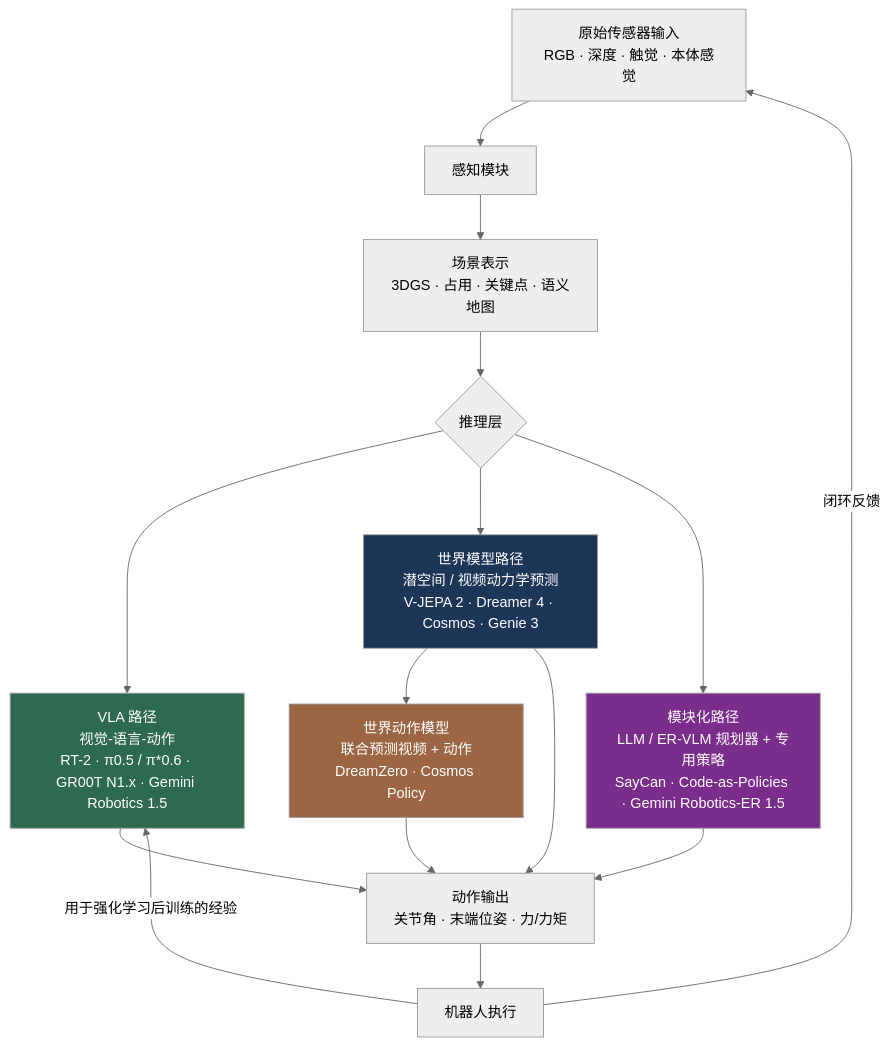
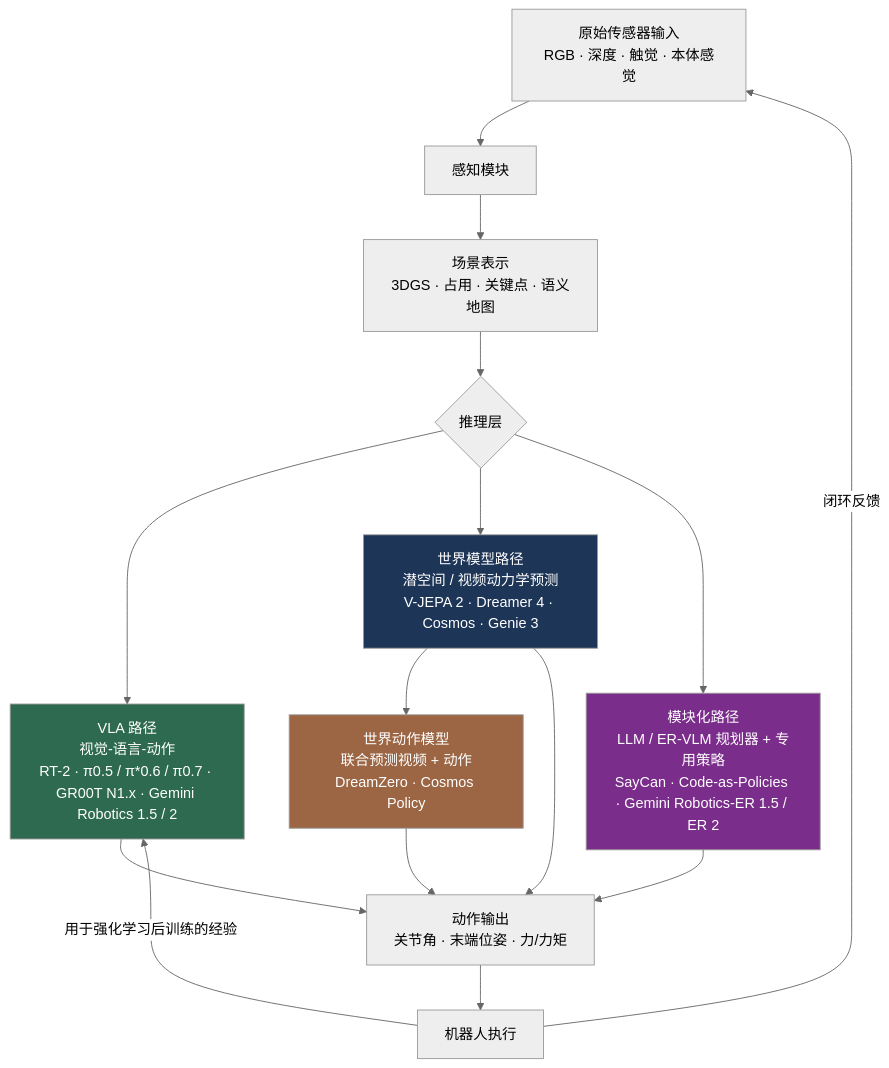
One commit to FrankHuang94/CV_learning_db_claude changed the diagram in Chinese translation/06_robotics_and_embodied_ai/00_overview_roadmap.md. Above: the diagram before and after it, drawn with Mermaid (neutral theme). The commit also changed other lines of this file and 11 other files, not shown here.

First line of the commit message:
Robotics: add Gemini Robotics 2 family, π0.7 and Figure Helix 02 (EN + ZH)

````diff
--- a/Chinese translation/06_robotics_and_embodied_ai/00_overview_roadmap.md
+++ b/Chinese translation/06_robotics_and_embodied_ai/00_overview_roadmap.md
@@ -37,21 +38,21 @@
 ```mermaid
 graph TD
     A["原始传感器输入\nRGB · 深度 · 触觉 · 本体感觉"] --> B["感知模块"]
     B --> C["场景表示\n3DGS · 占用 · 关键点 · 语义地图"]
     C --> D{"推理层"}
-    D --> E["VLA 路径\n视觉-语言-动作\nRT-2 · π0.5 / π*0.6 · GR00T N1.x · Gemini Robotics 1.5"]
+    D --> E["VLA 路径\n视觉-语言-动作\nRT-2 · π0.5 / π*0.6 / π0.7 · GR00T N1.x · Gemini Robotics 1.5 / 2"]
     D --> F["世界模型路径\n潜空间 / 视频动力学预测\nV-JEPA 2 · Dreamer 4 · Cosmos · Genie 3"]
-    D --> G["模块化路径\nLLM / ER-VLM 规划器 + 专用策略\nSayCan · Code-as-Policies · Gemini Robotics-ER 1.5"]
+    D --> G["模块化路径\nLLM / ER-VLM 规划器 + 专用策略\nSayCan · Code-as-Policies · Gemini Robotics-ER 1.5 / ER 2"]
     F --> W["世界动作模型\n联合预测视频 + 动作\nDreamZero · Cosmos Policy"]
     E --> H["动作输出\n关节角 · 末端位姿 · 力/力矩"]
     W --> H
     F --> H
     G --> H
     H --> I["机器人执行"]
     I -->|"闭环反馈"| A
     I -->|"用于强化学习后训练的经验"| E
     style E fill:#2d6a4f,color:#fff
     style F fill:#1d3557,color:#fff
     style G fill:#7b2d8b,color:#fff
     style W fill:#9c6644,color:#fff
 ```
````
